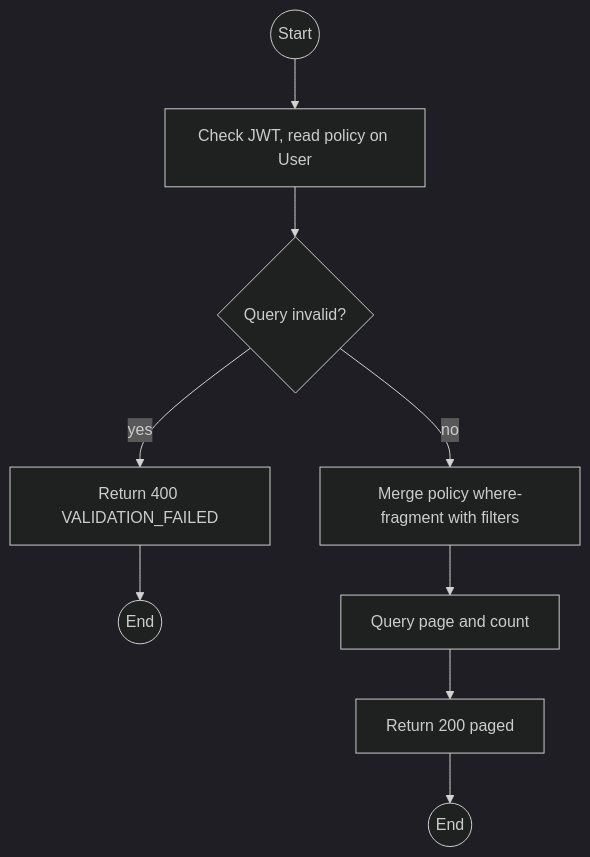
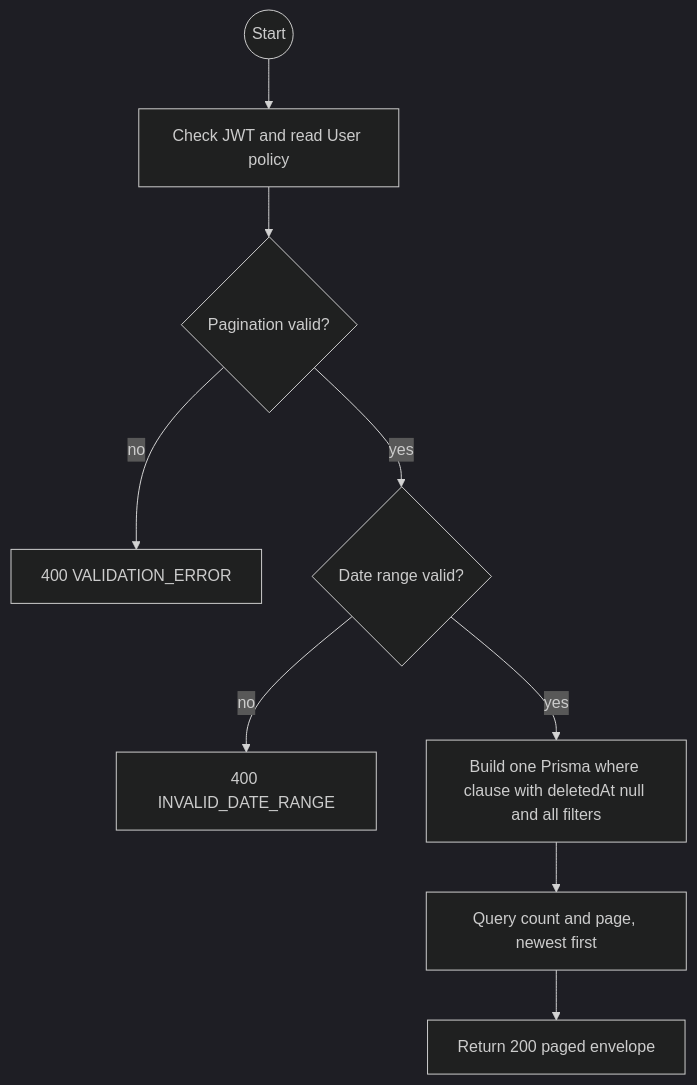
Before and after one commit to TrekLink-Team/treklink-web: the first of 2 diagrams in specs/auth/api-design/11-get-users-list.md, drawn with Mermaid (dark theme). The commit also changed other lines of this file and 13 other files, not shown here.

````diff
--- a/specs/auth/api-design/11-get-users-list.md
+++ b/specs/auth/api-design/11-get-users-list.md
@@ -136,18 +93,11 @@
 ```mermaid
 flowchart TB
-    S((Start))
-    A1["Check JWT, read policy on User"]
-    S --> A1
-    D2{"Query invalid?"}
-    A1 --> D2
-    E2["Return 400 VALIDATION_FAILED"]
-    D2 -->|yes| E2
-    E2 --> X2((End))
-    A3["Merge policy where-fragment with filters"]
-    D2 -->|no| A3
-    A4["Query page and count"]
-    A3 --> A4
-    OK["Return 200 paged"]
-    A4 --> OK
-    OK --> Z((End))
+    S((Start)) --> G[Check JWT and read User policy]
+    G --> P{Pagination valid?}
+    P -->|no| E1[400 VALIDATION_ERROR]
+    P -->|yes| D{Date range valid?}
+    D -->|no| E2[400 INVALID_DATE_RANGE]
+    D -->|yes| Q[Build one Prisma where clause with deletedAt null and all filters]
+    Q --> L[Query count and page, newest first]
+    L --> O[Return 200 paged envelope]
 ```
````
